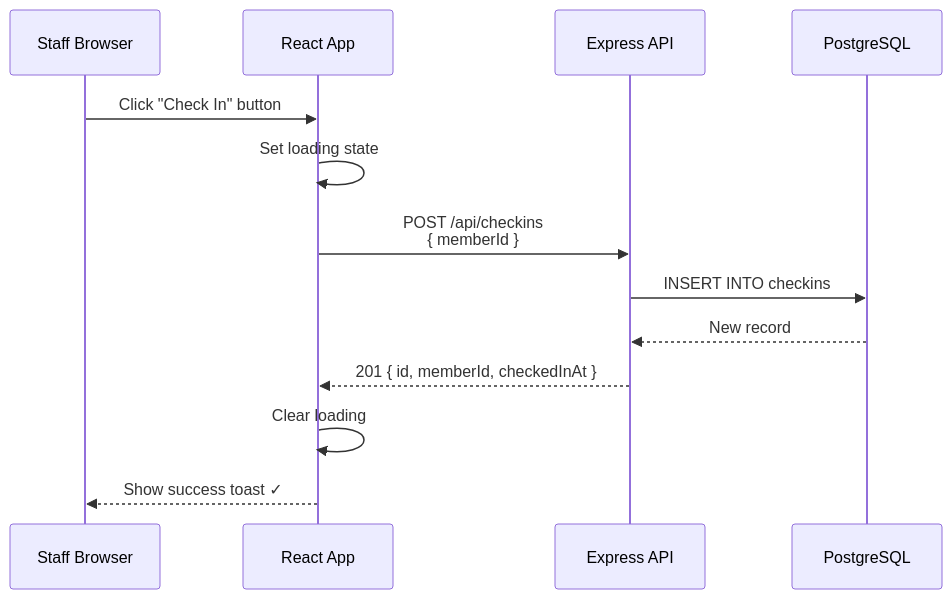
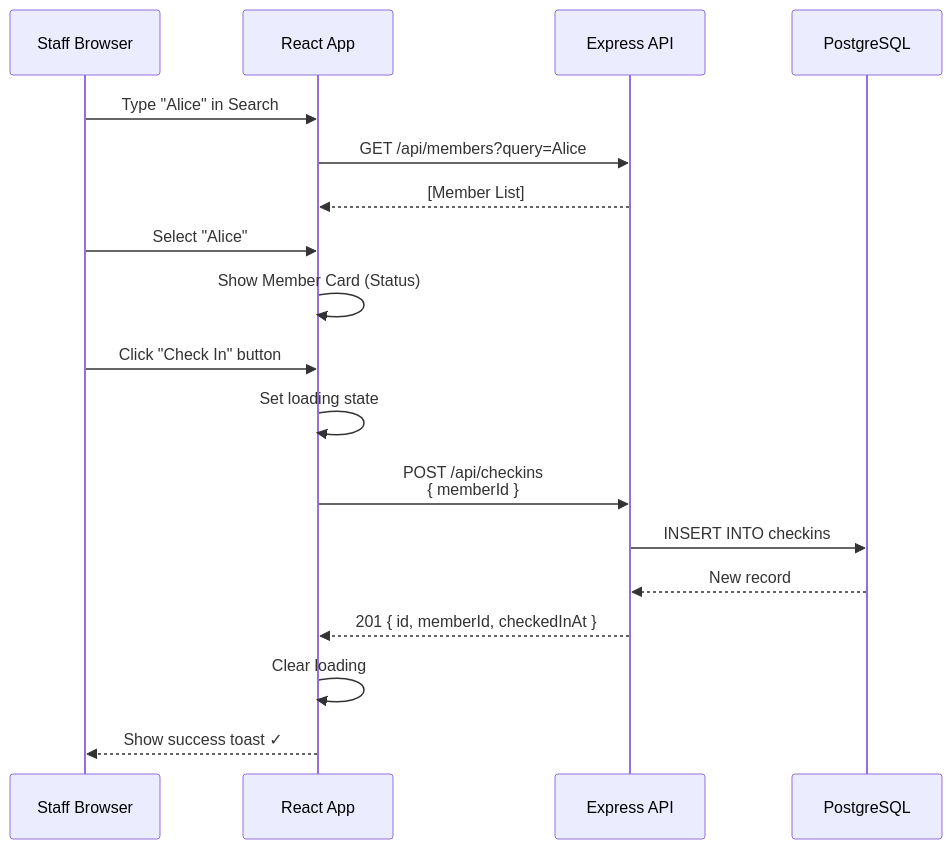
The fourth of 5 diagrams in ARCHITECTURE.md (amanganello/membership-management-app), drawn with Mermaid before and after one commit. The commit also changed other lines of this file, not shown here.

Commit message:
last changes to Architecture.md

````diff
--- a/ARCHITECTURE.md
+++ b/ARCHITECTURE.md
@@ -64,16 +215,22 @@
 ```mermaid
 sequenceDiagram
     participant Staff as Staff Browser
     participant React as React App
     participant API as Express API
     participant DB as PostgreSQL
 
+    Staff->>React: Type "Alice" in Search
+    React->>API: GET /api/members?query=Alice
+    API-->>React: [Member List]
+    Staff->>React: Select "Alice"
+    React->>React: Show Member Card (Status)
+    
     Staff->>React: Click "Check In" button
     React->>React: Set loading state
     React->>API: POST /api/checkins<br/>{ memberId }
     API->>DB: INSERT INTO checkins
     DB-->>API: New record
     API-->>React: 201 { id, memberId, checkedInAt }
     React->>React: Clear loading
     React-->>Staff: Show success toast ✓
 ```
````
